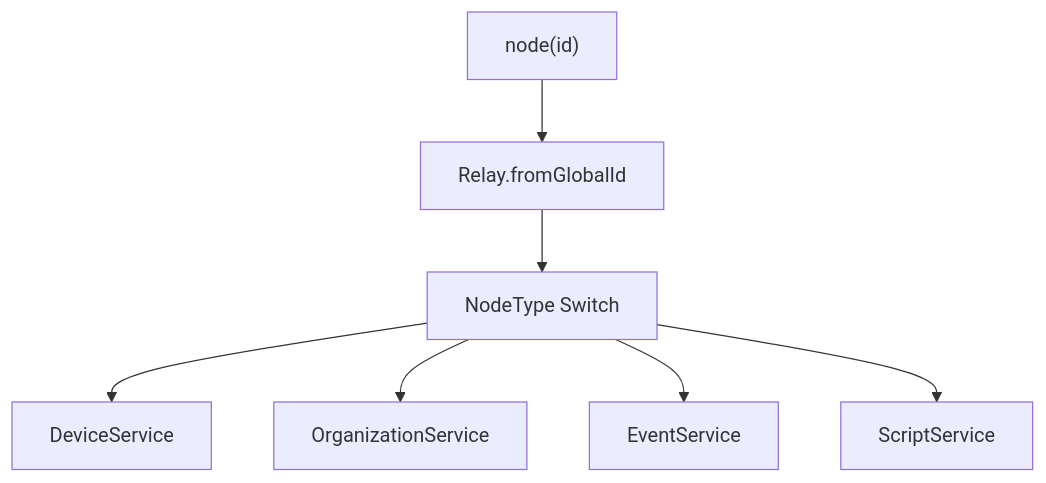
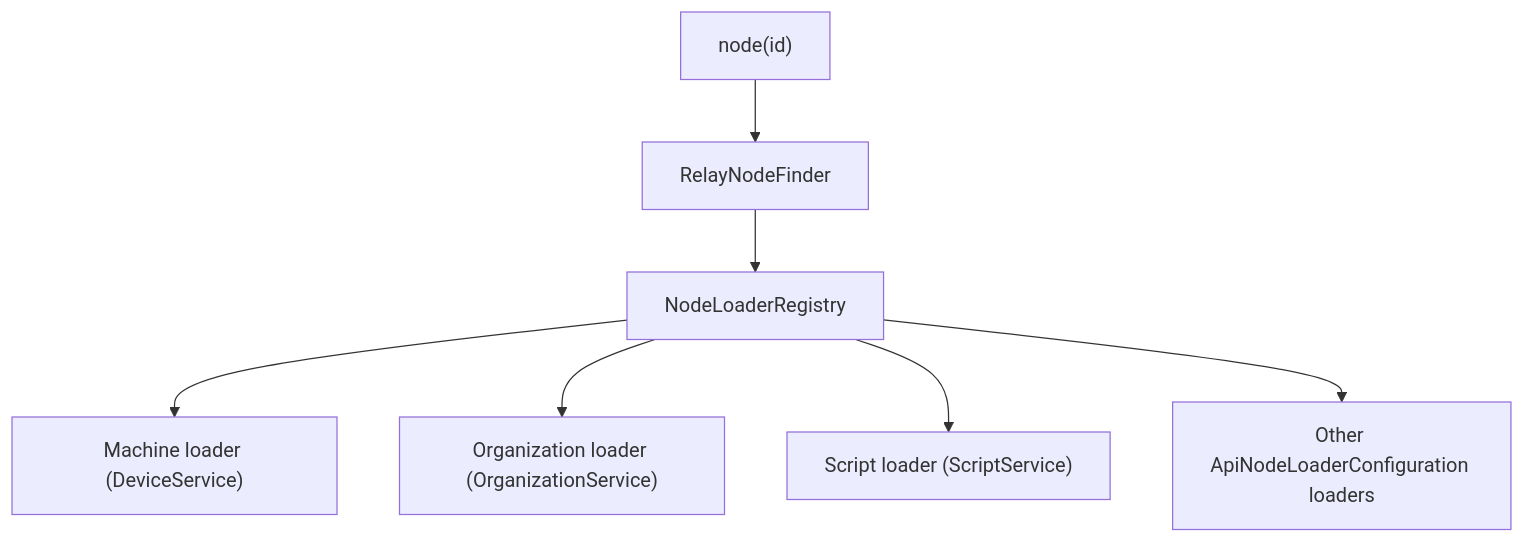
Before and after one commit to flamingo-stack/openframe-oss-lib: the diagram in docs/diagrams/architecture/api-service-core-graphql-4.mmd, drawn with Mermaid. The commit also changed 2 other files, not shown here.

Commit message:
docs(federation): CU-86ajzn5gu api node docs describe the lib-based node resolution

```diff
--- a/docs/diagrams/architecture/api-service-core-graphql-4.mmd
+++ b/docs/diagrams/architecture/api-service-core-graphql-4.mmd
@@ -1,7 +1,7 @@
 flowchart TD
-    NodeQuery["node(id)"] --> Decode["Relay.fromGlobalId"]
-    Decode --> Switch["NodeType Switch"]
-    Switch --> Device["DeviceService"]
-    Switch --> Org["OrganizationService"]
-    Switch --> Event["EventService"]
-    Switch --> Script["ScriptService"]
+    NodeQuery["node(id)"] --> Finder["RelayNodeFinder"]
+    Finder --> Registry["NodeLoaderRegistry"]
+    Registry --> Device["Machine loader (DeviceService)"]
+    Registry --> Org["Organization loader (OrganizationService)"]
+    Registry --> Script["Script loader (ScriptService)"]
+    Registry --> Other["Other ApiNodeLoaderConfiguration loaders"]
```
